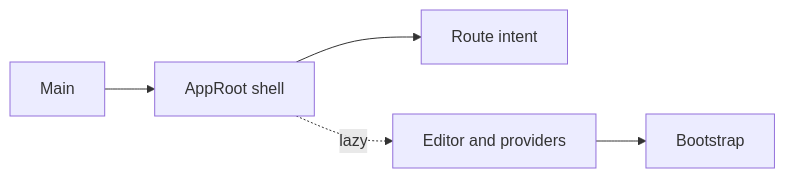
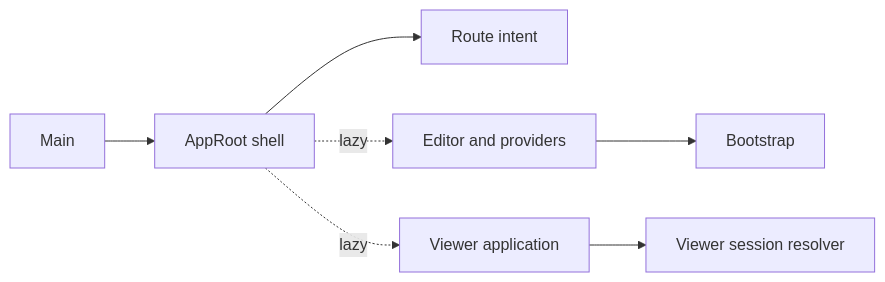
One commit to LasVegasForTransit/transit-mapper changed the diagram in docs/development/reference/project-structure.md. Above: the diagram before and after it, drawn with Mermaid. The commit also changed other lines of this file and 8 other files, not shown here.

````diff
--- a/docs/development/reference/project-structure.md
+++ b/docs/development/reference/project-structure.md
@@ -235,7 +235,9 @@
 ```mermaid
 flowchart LR
   Main --> Root[AppRoot shell]
   Root --> Intent[Route intent]
   Root -. lazy .-> Editor[Editor and providers]
+  Root -. lazy .-> Viewer[Viewer application]
   Editor --> Bootstrap[Bootstrap]
+  Viewer --> Session[Viewer session resolver]
 ```
````
